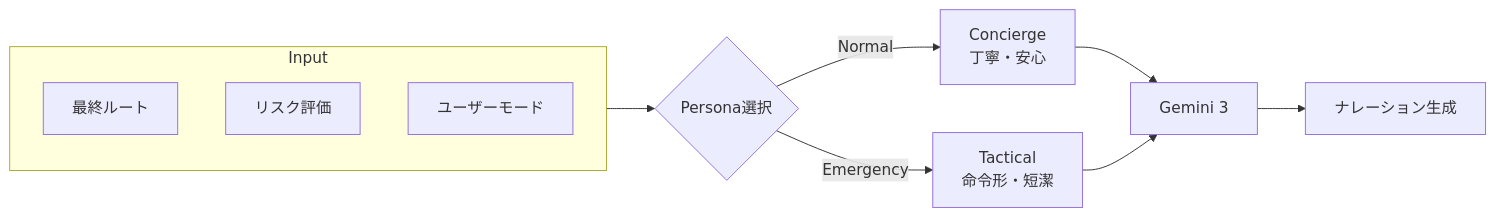
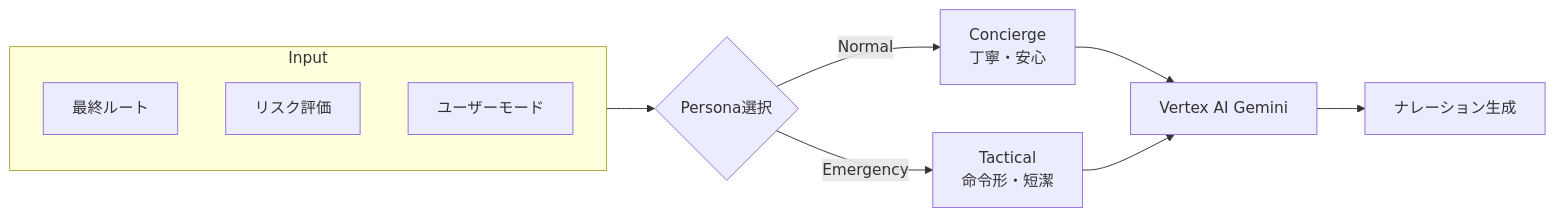
The fourth of 4 diagrams in Docs/確定/diagrams/08_Agent別詳細図.md (Ryg-appdev/safe-routing-ai-navigation), drawn with Mermaid before and after one commit. The commit also changed other lines of this file and 12 other files, not shown here.

````diff
--- a/Docs/確定/diagrams/08_Agent別詳細図.md
+++ b/Docs/確定/diagrams/08_Agent別詳細図.md
@@ -51,16 +50,16 @@
 ```mermaid
 flowchart LR
     subgraph Input
         R[最終ルート]
         RA[リスク評価]
         M[ユーザーモード]
     end
     
     Input --> P{Persona選択}
     P -->|Normal| C[Concierge<br/>丁寧・安心]
     P -->|Emergency| T[Tactical<br/>命令形・短潔]
     
-    C --> G3[Gemini 3]
+    C --> G3[Vertex AI Gemini]
     T --> G3
     G3 --> N[ナレーション生成]
 ```
````
